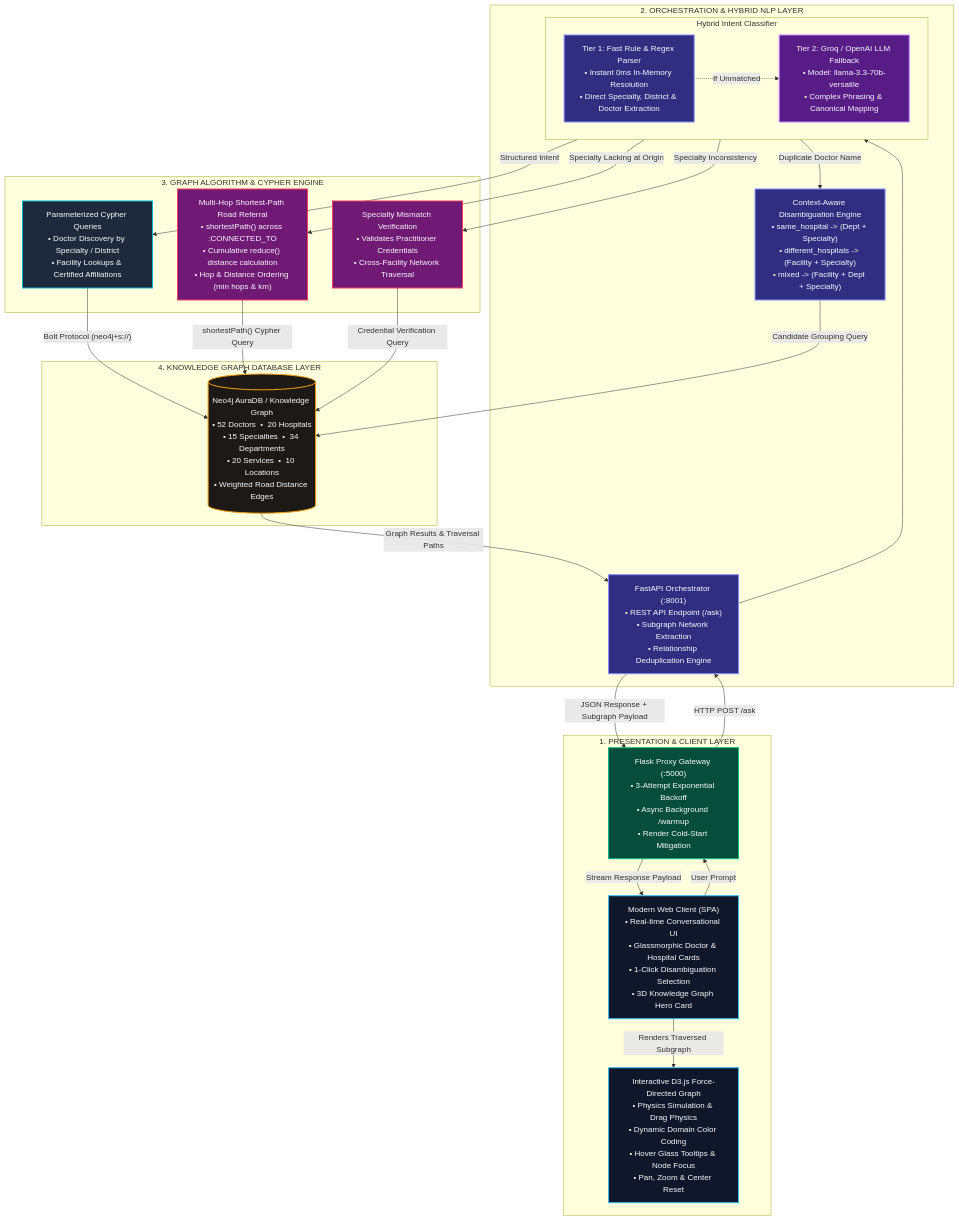
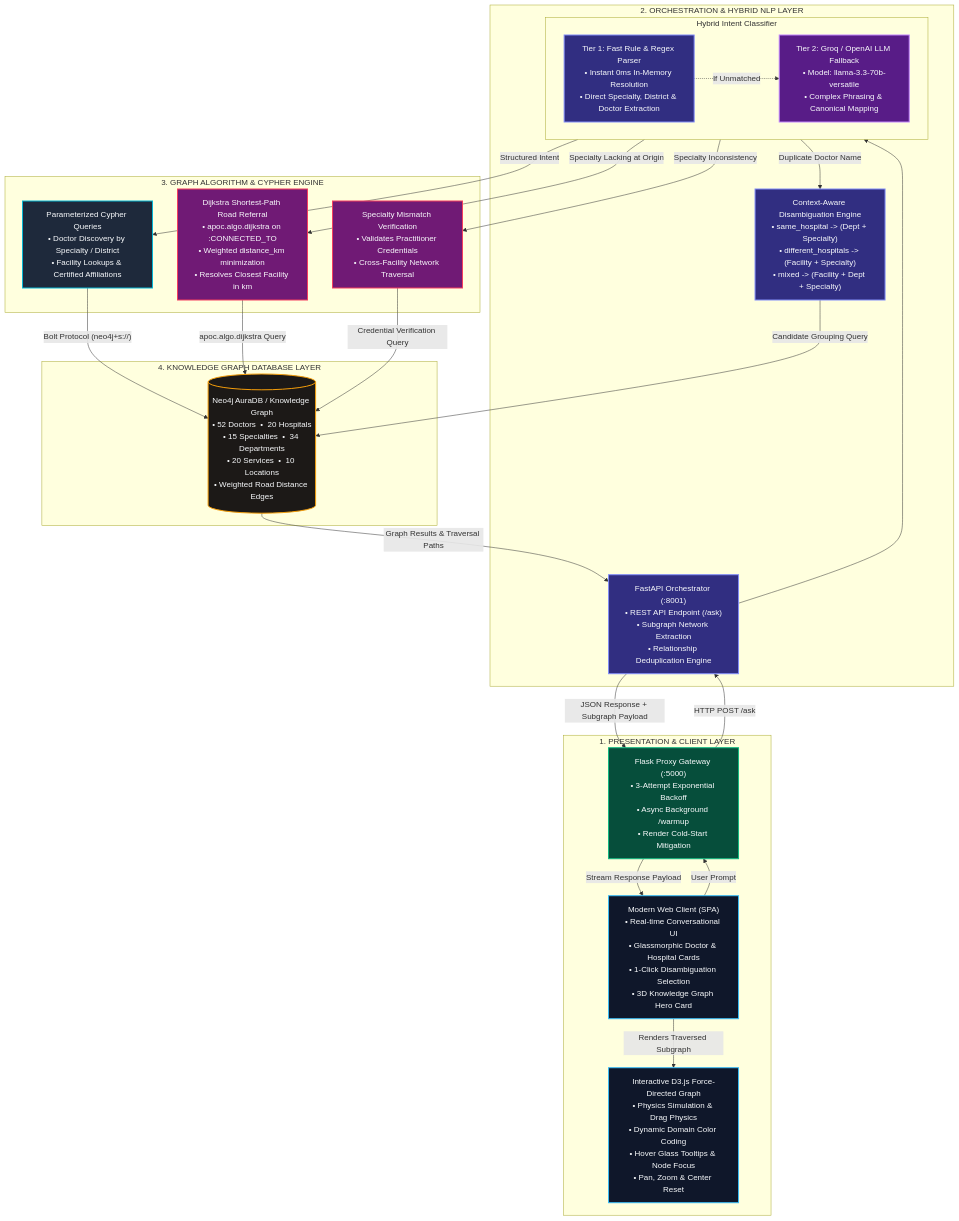
Before and after one commit to sydelendure/healthcare-knowledge-graph-assistant: the first of 2 diagrams in README.md, drawn with Mermaid. The commit also changed other lines of this file and 1 other file, not shown here.

Commit message:
Implement true Dijkstra algorithm (apoc.algo.dijkstra with weighted fallback) for hospital shortest path referrals

````diff
--- a/README.md
+++ b/README.md
@@ -67,65 +67,65 @@
 ```mermaid
 flowchart TD
     %% Custom Styling Classes
     classDef clientStyle fill:#0f172a,stroke:#38bdf8,stroke-width:2px,color:#f8fafc;
     classDef proxyStyle fill:#064e3b,stroke:#10b981,stroke-width:2px,color:#f8fafc;
     classDef nlpStyle fill:#312e81,stroke:#818cf8,stroke-width:2px,color:#f8fafc;
     classDef llmStyle fill:#581c87,stroke:#c084fc,stroke-width:2px,color:#f8fafc;
     classDef cypherStyle fill:#1e293b,stroke:#06b6d4,stroke-width:2px,color:#f8fafc;
     classDef algoStyle fill:#701a75,stroke:#f43f5e,stroke-width:2px,color:#f8fafc;
     classDef dbStyle fill:#1c1917,stroke:#f59e0b,stroke-width:2px,color:#f8fafc;
 
     %% 1. Presentation & Client Layer
     subgraph ClientLayer ["1. PRESENTATION & CLIENT LAYER"]
         ClientBrowser["Modern Web Client (SPA)<br/>• Real-time Conversational UI<br/>• Glassmorphic Doctor & Hospital Cards<br/>• 1-Click Disambiguation Selection<br/>• 3D Knowledge Graph Hero Card"]:::clientStyle
         D3Visualizer["Interactive D3.js Force-Directed Graph<br/>• Physics Simulation & Drag Physics<br/>• Dynamic Domain Color Coding<br/>• Hover Glass Tooltips & Node Focus<br/>• Pan, Zoom & Center Reset"]:::clientStyle
         FlaskProxy["Flask Proxy Gateway (:5000)<br/>• 3-Attempt Exponential Backoff<br/>• Async Background /warmup<br/>• Render Cold-Start Mitigation"]:::proxyStyle
     end
 
     %% 2. Orchestration & NLP Layer
     subgraph ApiLayer ["2. ORCHESTRATION & HYBRID NLP LAYER"]
         FastAPI["FastAPI Orchestrator (:8001)<br/>• REST API Endpoint (/ask)<br/>• Subgraph Network Extraction<br/>• Relationship Deduplication Engine"]:::nlpStyle
         
         subgraph HybridNLP ["Hybrid Intent Classifier"]
             FastParser["Tier 1: Fast Rule & Regex Parser<br/>• Instant 0ms In-Memory Resolution<br/>• Direct Specialty, District & Doctor Extraction"]:::nlpStyle
             LLMParser["Tier 2: Groq / OpenAI LLM Fallback<br/>• Model: llama-3.3-70b-versatile<br/>• Complex Phrasing & Canonical Mapping"]:::llmStyle
         end
 
         DisambigEngine["Context-Aware Disambiguation Engine<br/>• same_hospital -> (Dept + Specialty)<br/>• different_hospitals -> (Facility + Specialty)<br/>• mixed -> (Facility + Dept + Specialty)"]:::nlpStyle
     end
 
     %% 3. Graph Query & Algorithmic Layer
     subgraph QueryLayer ["3. GRAPH ALGORITHM & CYPHER ENGINE"]
         CypherEngine["Parameterized Cypher Queries<br/>• Doctor Discovery by Specialty / District<br/>• Facility Lookups & Certified Affiliations"]:::cypherStyle
         
-        ShortestPath["Multi-Hop Shortest-Path Road Referral<br/>• shortestPath() across :CONNECTED_TO<br/>• Cumulative reduce() distance calculation<br/>• Hop & Distance Ordering (min hops & km)"]:::algoStyle
+        ShortestPath["Dijkstra Shortest-Path Road Referral<br/>• apoc.algo.dijkstra on :CONNECTED_TO<br/>• Weighted distance_km minimization<br/>• Resolves Closest Facility in km"]:::algoStyle
         
         MismatchVerify["Specialty Mismatch Verification<br/>• Validates Practitioner Credentials<br/>• Cross-Facility Network Traversal"]:::algoStyle
     end
 
     %% 4. Data Storage Layer
     subgraph DatabaseLayer ["4. KNOWLEDGE GRAPH DATABASE LAYER"]
         Neo4j[("Neo4j AuraDB / Knowledge Graph<br/>• 52 Doctors &nbsp;&bull;&nbsp; 20 Hospitals<br/>• 15 Specialties &nbsp;&bull;&nbsp; 34 Departments<br/>• 20 Services &nbsp;&bull;&nbsp; 10 Locations<br/>• Weighted Road Distance Edges")]:::dbStyle
     end
 
     %% Connections & Flow
     ClientBrowser -->|"User Prompt"| FlaskProxy
     FlaskProxy -->|"HTTP POST /ask"| FastAPI
     FastAPI --> HybridNLP
     FastParser -.->|"If Unmatched"| LLMParser
     
     HybridNLP -->|"Structured Intent"| CypherEngine
     HybridNLP -->|"Specialty Lacking at Origin"| ShortestPath
     HybridNLP -->|"Specialty Inconsistency"| MismatchVerify
     HybridNLP -->|"Duplicate Doctor Name"| DisambigEngine
     
     CypherEngine -->|"Bolt Protocol (neo4j+s://)"| Neo4j
-    ShortestPath -->|"shortestPath() Cypher Query"| Neo4j
+    ShortestPath -->|"apoc.algo.dijkstra Query"| Neo4j
     MismatchVerify -->|"Credential Verification Query"| Neo4j
     DisambigEngine -->|"Candidate Grouping Query"| Neo4j
     
     Neo4j -->|"Graph Results & Traversal Paths"| FastAPI
     FastAPI -->|"JSON Response + Subgraph Payload"| FlaskProxy
     FlaskProxy -->|"Stream Response Payload"| ClientBrowser
     ClientBrowser -->|"Renders Traversed Subgraph"| D3Visualizer
 ```
````
